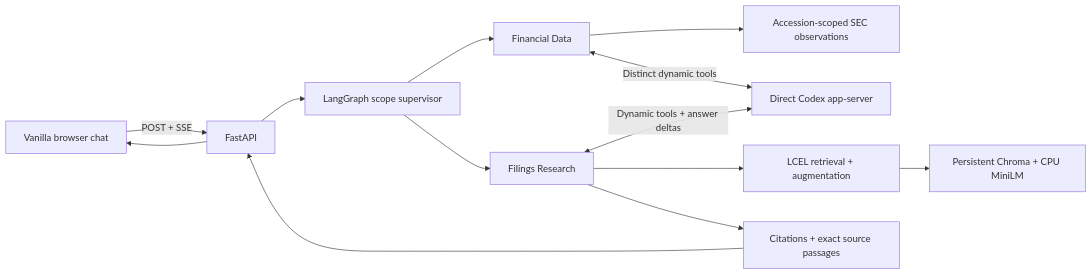
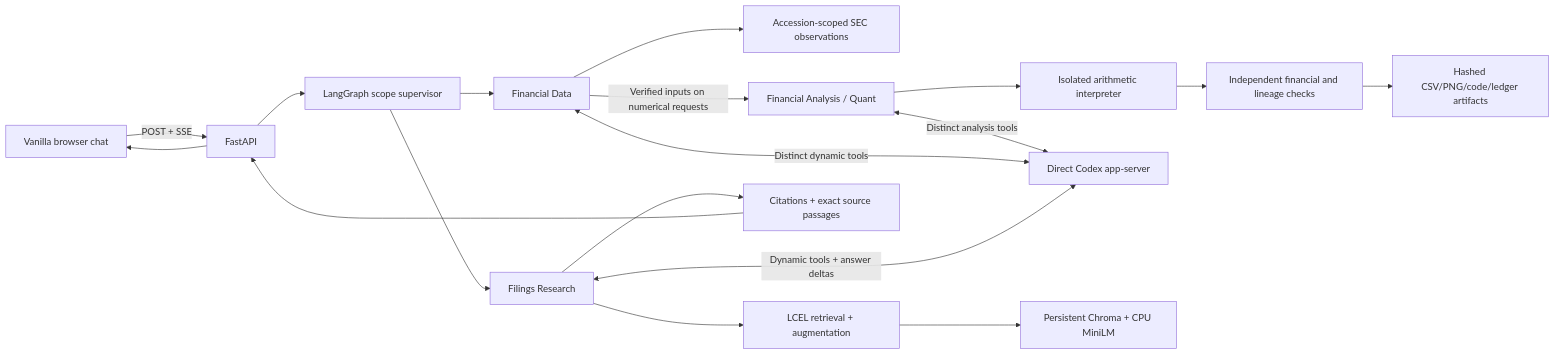
The diagram in docs/architecture.md (waderylan/quant-agent-orchestration), drawn with Mermaid before and after one commit. The commit also changed other lines of this file and 34 other files, not shown here.

First line of the commit message:
Implement M6 bounded financial analysis and artifacts

````diff
--- a/docs/architecture.md
+++ b/docs/architecture.md
@@ -9,15 +9,20 @@
 ```mermaid
 flowchart LR
     UI[Vanilla browser chat] -->|POST + SSE| API[FastAPI]
     API --> S[LangGraph scope supervisor]
     S --> R[Filings Research]
     S --> D[Financial Data]
     D --> F[Accession-scoped SEC observations]
+    D -->|Verified inputs on numerical requests| Q[Financial Analysis / Quant]
+    Q --> X[Isolated arithmetic interpreter]
+    X --> N[Independent financial and lineage checks]
+    N --> A[Hashed CSV/PNG/code/ledger artifacts]
+    Q <-->|Distinct analysis tools| CX
     D <-->|Distinct dynamic tools| CX
     R --> LC[LCEL retrieval + augmentation]
     LC --> V[Persistent Chroma + CPU MiniLM]
     R <-->|Dynamic tools + answer deltas| CX[Direct Codex app-server]
     R --> C[Citations + exact source passages]
     C --> API
     API --> UI
 ```
````
